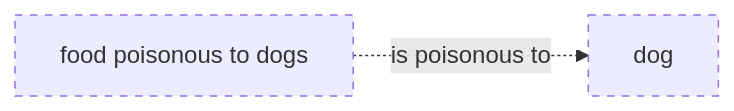
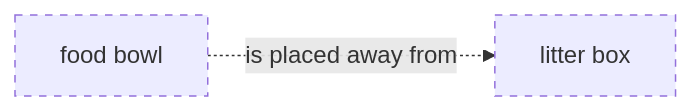
Diagram 23 of 36 in data/ontology-pets-and-house-rules/03_release/00_raw/level-2.md (belaboros/DomainAiAssistant), drawn with Mermaid before and after one commit. The commit also changed other lines of this file and 302 other files, not shown here.

````diff
--- a/data/ontology-pets-and-house-rules/03_release/00_raw/level-2.md
+++ b/data/ontology-pets-and-house-rules/03_release/00_raw/level-2.md
@@ -298,8 +460,8 @@
 ```mermaid
 flowchart LR
     classDef draft stroke-dasharray: 5 5
-    cn_01M82GJP3CRKNX3DNJZDNANDWM["dog"]
-    cn_01M82GM2G3AM0SX444VHV3202K["food poisonous to dogs"]
-    cn_01M82GM2G3AM0SX444VHV3202K -. "is poisonous to" .-> cn_01M82GJP3CRKNX3DNJZDNANDWM
-    class cn_01M82GJP3CRKNX3DNJZDNANDWM,cn_01M82GM2G3AM0SX444VHV3202K draft
+    cn_01M82GZMM3VP80T7XD6GS67TSN["food bowl"]
+    cn_01M82GZMM3VP80T7XD6GS67TSK["litter box"]
+    cn_01M82GZMM3VP80T7XD6GS67TSN -. "is placed away from" .-> cn_01M82GZMM3VP80T7XD6GS67TSK
+    class cn_01M82GZMM3VP80T7XD6GS67TSN,cn_01M82GZMM3VP80T7XD6GS67TSK draft
 ```
````
